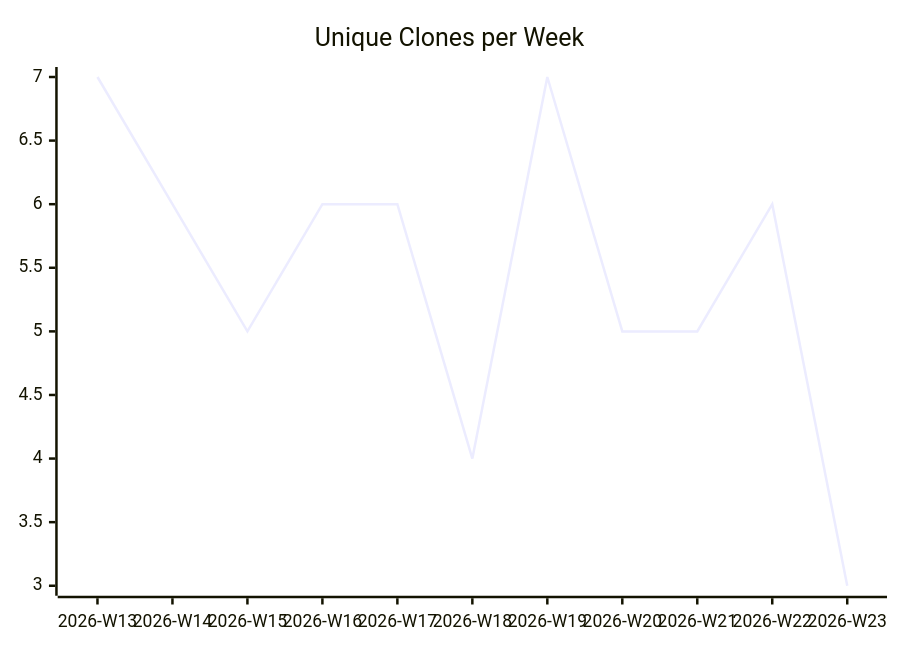
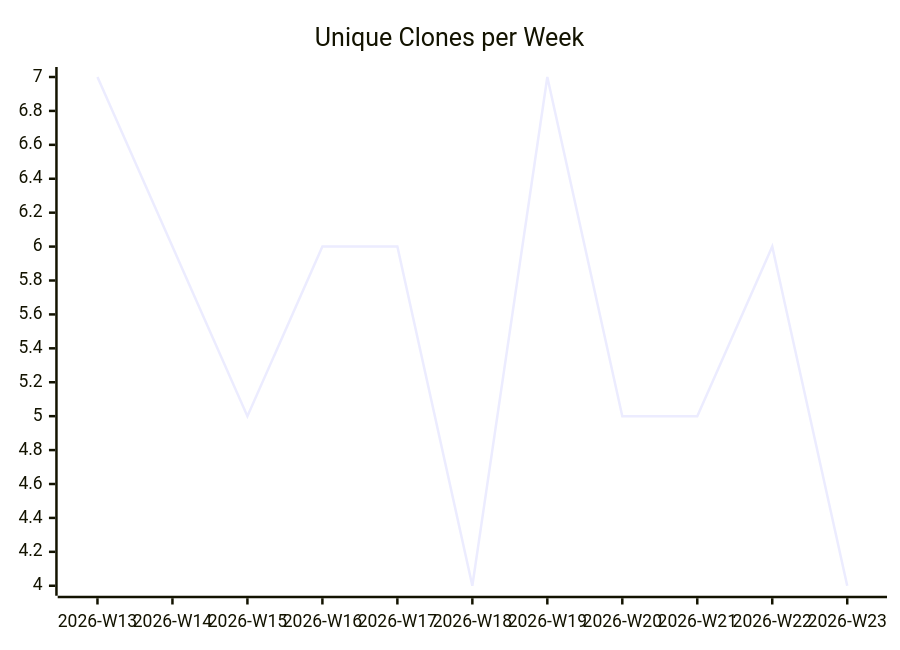
Before and after one commit to justdavis-family/github-analytics-data: the third of 3 diagrams in karlmdavis/lego-ev3dev-rs/README.md, drawn with Mermaid. The commit also changed other lines of this file and 186 other files, not shown here.

````diff
--- a/karlmdavis/lego-ev3dev-rs/README.md
+++ b/karlmdavis/lego-ev3dev-rs/README.md
@@ -19,6 +19,6 @@
 ```mermaid
 xychart-beta
   title "Unique Clones per Week"
   x-axis ["2026-W13", "2026-W14", "2026-W15", "2026-W16", "2026-W17", "2026-W18", "2026-W19", "2026-W20", "2026-W21", "2026-W22", "2026-W23"]
-  line [7, 6, 5, 6, 6, 4, 7, 5, 5, 6, 3]
+  line [7, 6, 5, 6, 6, 4, 7, 5, 5, 6, 4]
 ```
````
